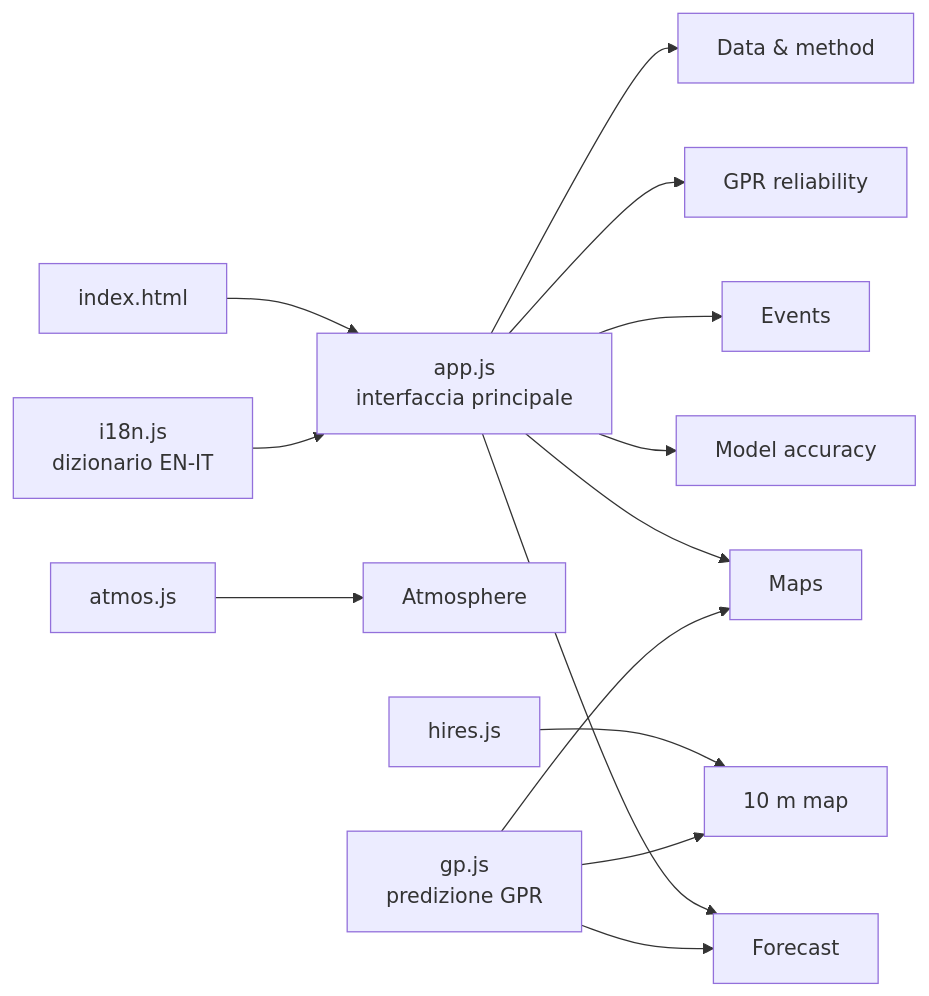
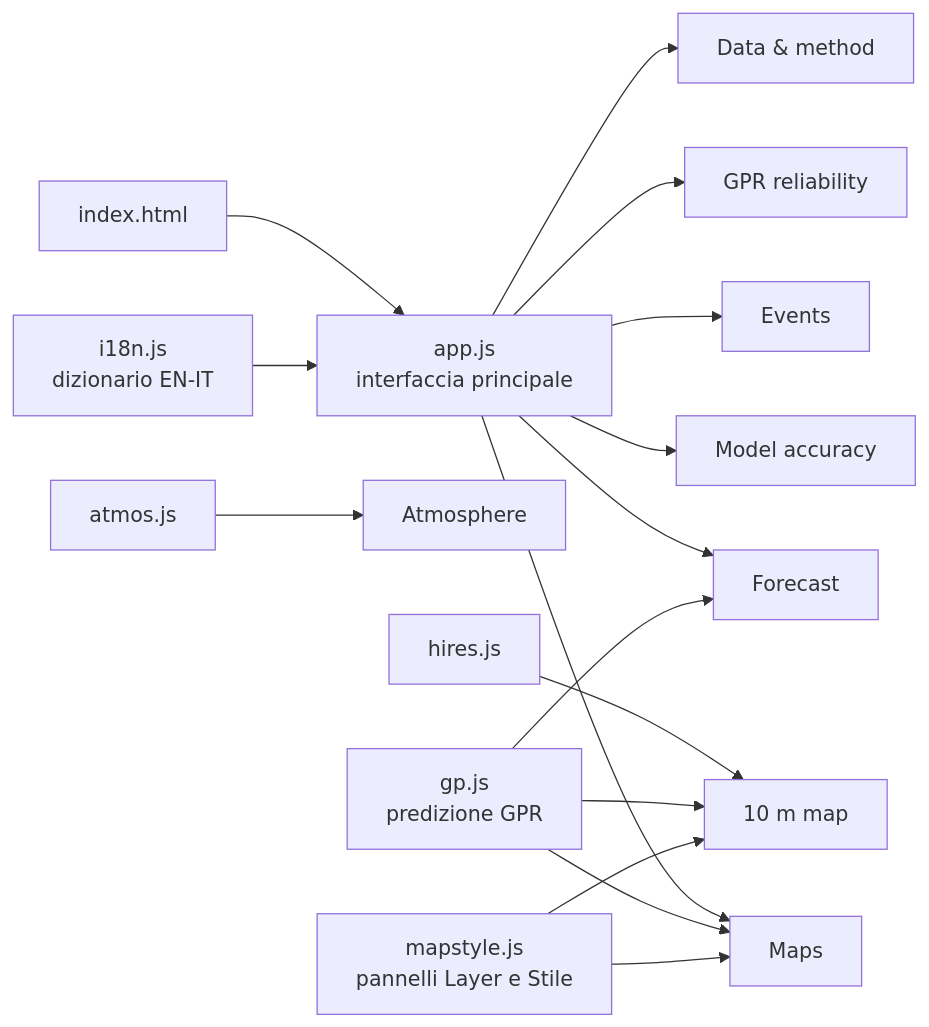
The third of 5 diagrams in docs/COME_FUNZIONA.md (francescorossi3/prognostica), drawn with Mermaid before and after one commit. The commit also changed other lines of this file and 2 other files, not shown here.

First line of the commit message:
docs, CLAUDE.md: aggiunge mapstyle.js e i pannelli delle mappe

````diff
--- a/docs/COME_FUNZIONA.md
+++ b/docs/COME_FUNZIONA.md
@@ -56,16 +56,18 @@
 ```mermaid
 flowchart LR
   idx[index.html] --> app[app.js<br>interfaccia principale]
   app --> F[Forecast]
   app --> M[Maps]
   app --> R[Model accuracy]
   app --> E[Events]
   app --> V[GPR reliability]
   app --> DM[Data & method]
   atm[atmos.js] --> A[Atmosphere]
   hr[hires.js] --> H[10 m map]
   gp[gp.js<br>predizione GPR] --> F
   gp --> M
   gp --> H
   i18n[i18n.js<br>dizionario EN-IT] --> app
+  ms[mapstyle.js<br>pannelli Layer e Stile] --> M
+  ms --> H
 ```
````
